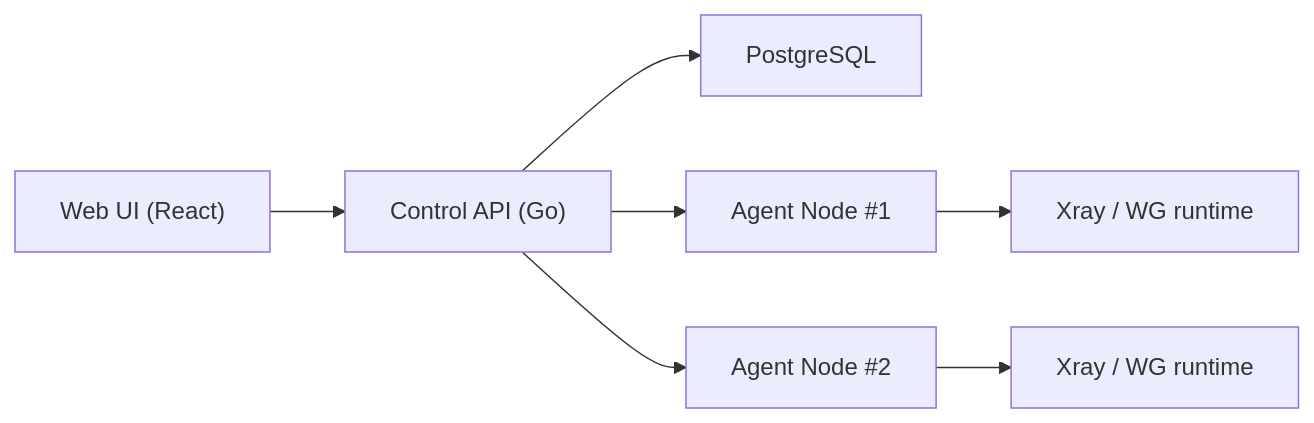
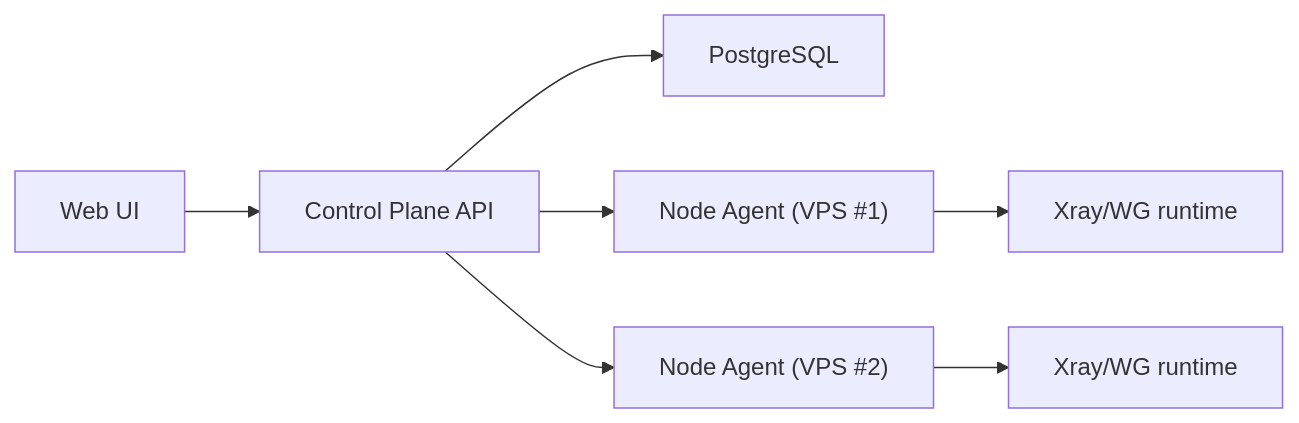
The first of 2 diagrams in README.md (wester11/v-ui), drawn with Mermaid before and after one commit. The commit also changed other lines of this file and 38 other files, not shown here.

Commit message:
feat: split servers/configs and add auto node onboarding flow

````diff
--- a/README.md
+++ b/README.md
@@ -109,9 +95,9 @@
 ```mermaid
 flowchart LR
-  UI["Web UI (React)"] --> API["Control API (Go)"]
+  UI["Web UI"] --> API["Control Plane API"]
   API --> DB["PostgreSQL"]
-  API --> AG1["Agent Node #1"]
-  API --> AG2["Agent Node #2"]
-  AG1 --> XR1["Xray / WG runtime"]
-  AG2 --> XR2["Xray / WG runtime"]
+  API --> NODE1["Node Agent (VPS #1)"]
+  API --> NODE2["Node Agent (VPS #2)"]
+  NODE1 --> XR1["Xray/WG runtime"]
+  NODE2 --> XR2["Xray/WG runtime"]
 ```
````
